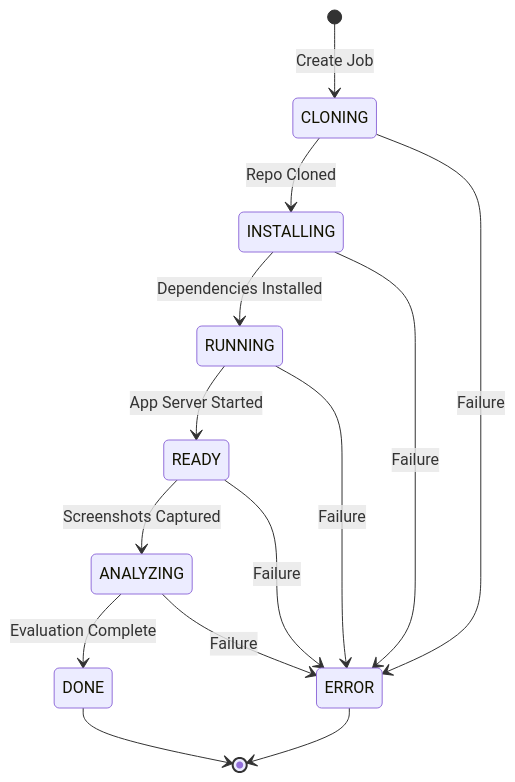
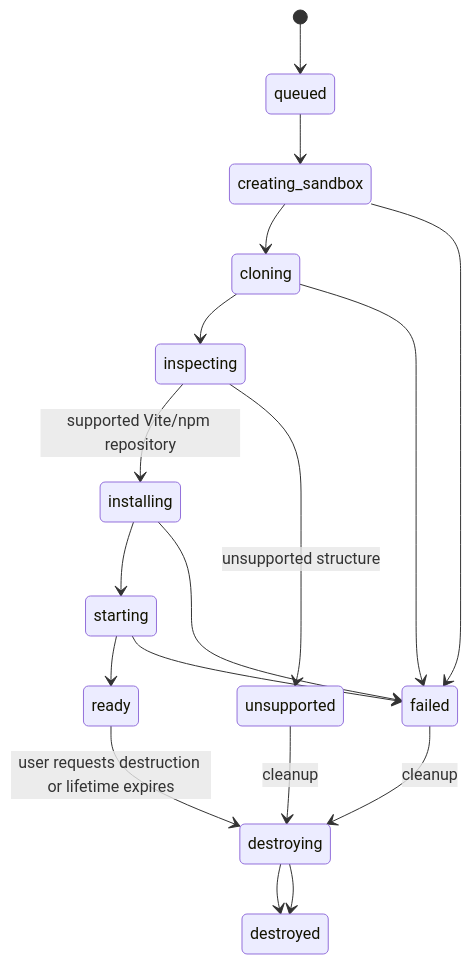
The second of 3 diagrams in docs/architecture.md (statho7/trysdk), drawn with Mermaid before and after one commit. The commit also changed other lines of this file and 3 other files, not shown here.

````diff
--- a/docs/architecture.md
+++ b/docs/architecture.md
@@ -51,17 +37,21 @@
 ```mermaid
 stateDiagram-v2
-    [*] --> CLONING: Create Job
-    CLONING --> INSTALLING: Repo Cloned
-    INSTALLING --> RUNNING: Dependencies Installed
-    RUNNING --> READY: App Server Started
-    READY --> ANALYZING: Screenshots Captured
-    ANALYZING --> DONE: Evaluation Complete
-    DONE --> [*]
+    [*] --> queued
+    queued --> creating_sandbox
+    creating_sandbox --> cloning
+    cloning --> inspecting
+    inspecting --> installing: supported Vite/npm repository
+    inspecting --> unsupported: unsupported structure
+    installing --> starting
+    starting --> ready
+    ready --> destroying: user requests destruction or lifetime expires
+    destroying --> destroyed
 
-    CLONING --> ERROR: Failure
-    INSTALLING --> ERROR: Failure
-    RUNNING --> ERROR: Failure
-    READY --> ERROR: Failure
-    ANALYZING --> ERROR: Failure
-    ERROR --> [*]
+    creating_sandbox --> failed
+    cloning --> failed
+    installing --> failed
+    starting --> failed
+    failed --> destroying: cleanup
+    unsupported --> destroying: cleanup
+    destroying --> destroyed
 ```
````
